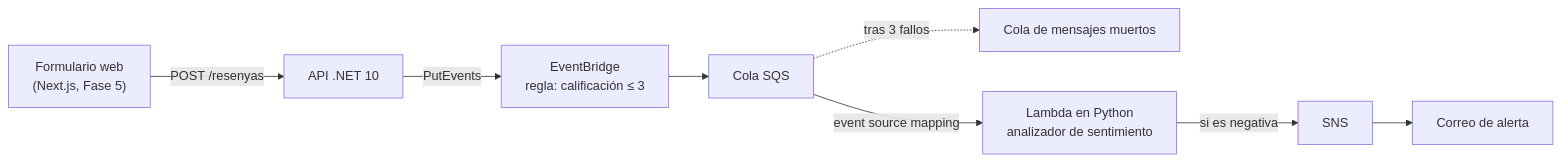
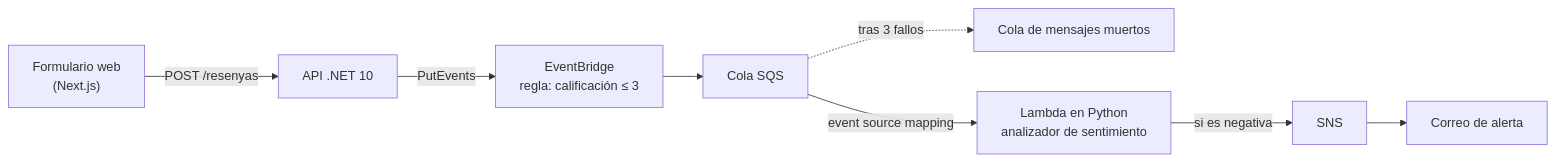
One commit to hernangonzalez93/WorkingEvents changed the diagram in README.md. Above: the diagram before and after it, drawn with Mermaid. The commit also changed other lines of this file and 22 other files, not shown here.

First line of the commit message:
Anyade el frontal en Next.js y abre la API a el con CORS

````diff
--- a/README.md
+++ b/README.md
@@ -17,10 +16,10 @@
 ```mermaid
 flowchart LR
-    W["Formulario web<br/>(Next.js, Fase 5)"] -->|POST /resenyas| A["API .NET 10"]
+    W["Formulario web<br/>(Next.js)"] -->|POST /resenyas| A["API .NET 10"]
     A -->|PutEvents| EB["EventBridge<br/>regla: calificación ≤ 3"]
     EB --> Q["Cola SQS"]
     Q -.->|tras 3 fallos| DLQ["Cola de mensajes muertos"]
     Q -->|event source mapping| L["Lambda en Python<br/>analizador de sentimiento"]
     L -->|si es negativa| SNS["SNS"]
     SNS --> M["Correo de alerta"]
 ```
````
